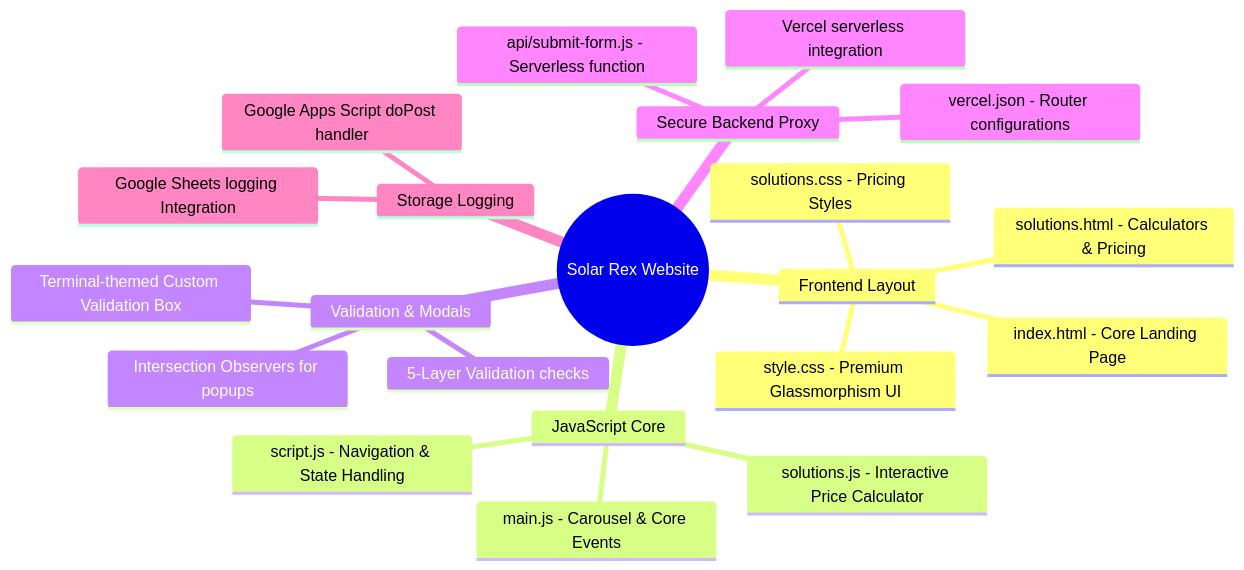
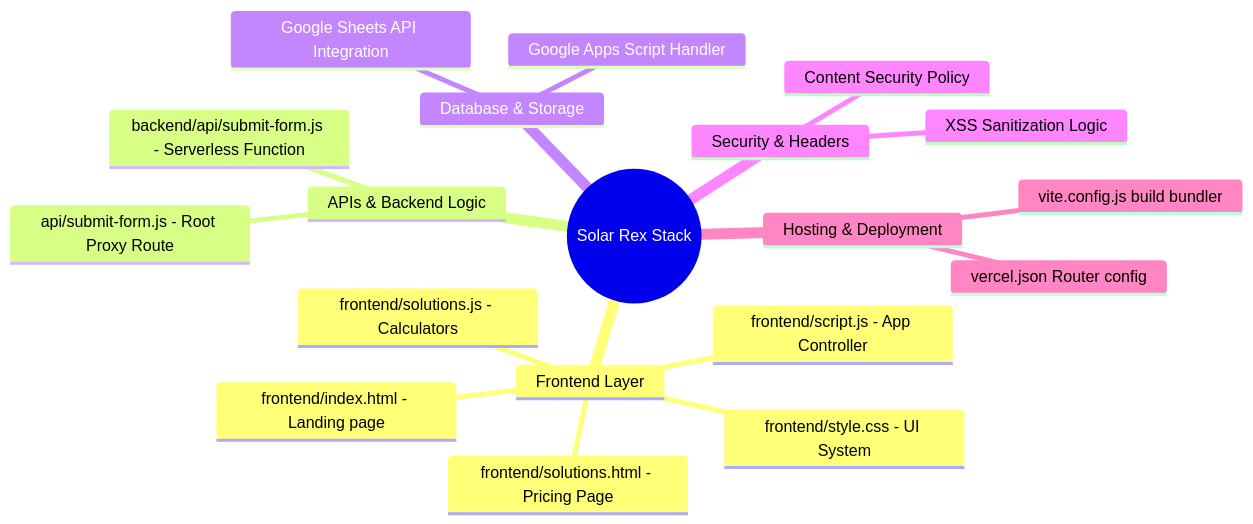
The first of 2 diagrams in README.md (vanshpratap-lab/solarrex-web), drawn with Mermaid before and after one commit. The commit also changed other lines of this file and 59 other files, not shown here.

Commit message:
chore: reorganize folder structure into frontend and backend directories

````diff
--- a/README.md
+++ b/README.md
@@ -9,24 +11,22 @@
 ```mermaid
 mindmap
-  root((Solar Rex Website))
-    Frontend Layout
-      index.html - Core Landing Page
-      solutions.html - Calculators & Pricing
-      style.css - Premium Glassmorphism UI
-      solutions.css - Pricing Styles
-    JavaScript Core
-      main.js - Carousel & Core Events
-      script.js - Navigation & State Handling
-      solutions.js - Interactive Price Calculator
-    Validation & Modals
-      5-Layer Validation checks
-      Terminal-themed Custom Validation Box
-      Intersection Observers for popups
-    Secure Backend Proxy
-      Vercel serverless integration
-      api/submit-form.js - Serverless function
-      vercel.json - Router configurations
-    Storage Logging
-      Google Sheets logging Integration
-      Google Apps Script doPost handler
+  root((Solar Rex Stack))
+    Frontend Layer
+      frontend/index.html - Landing page
+      frontend/solutions.html - Pricing Page
+      frontend/style.css - UI System
+      frontend/script.js - App Controller
+      frontend/solutions.js - Calculators
+    APIs & Backend Logic
+      backend/api/submit-form.js - Serverless Function
+      api/submit-form.js - Root Proxy Route
+    Database & Storage
+      Google Sheets API Integration
+      Google Apps Script Handler
+    Security & Headers
+      XSS Sanitization Logic
+      Content Security Policy
+    Hosting & Deployment
+      vercel.json Router config
+      vite.config.js build bundler
 ```
````
